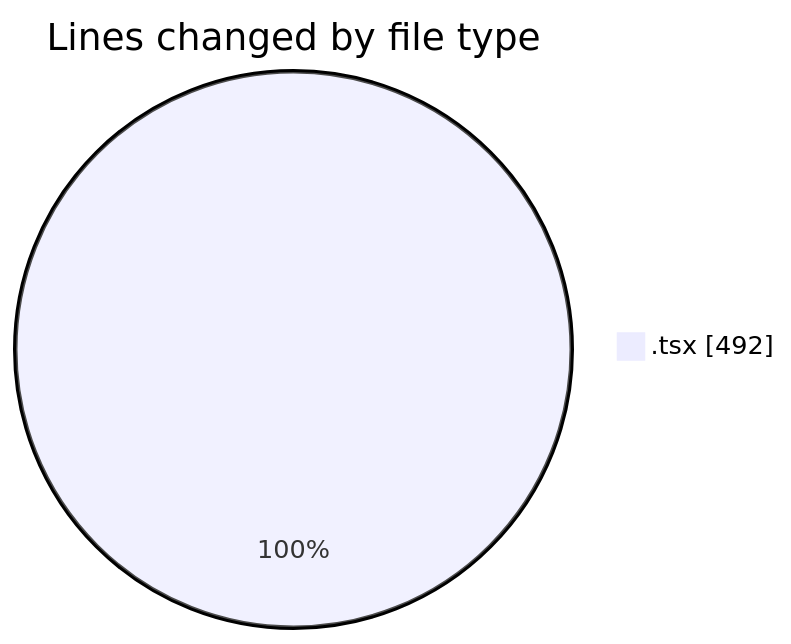
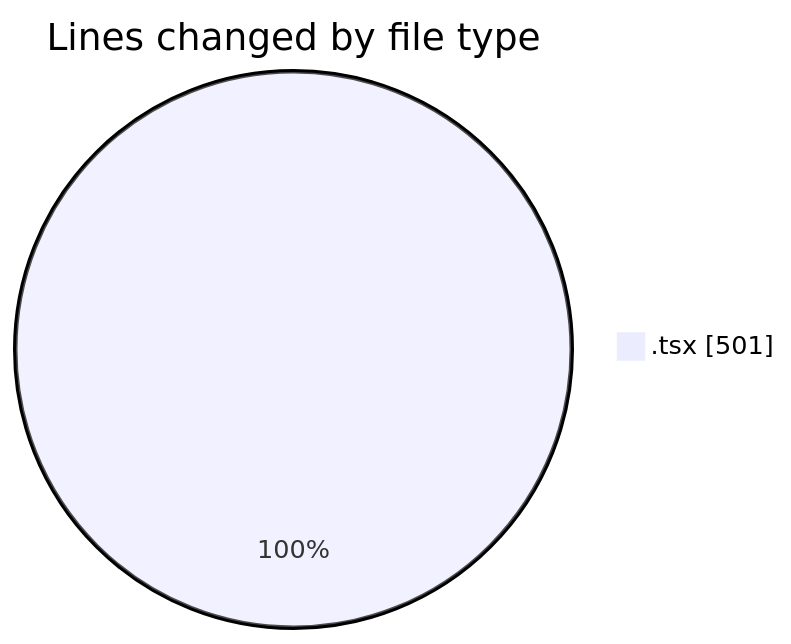
One commit to momahboobian/code-tracking changed the first of 2 diagrams in 2026-02-23/cda/README.md. Above: the diagram before and after it, drawn with Mermaid. The commit also changed other lines of this file and 1 other file, not shown here.

````diff
--- a/2026-02-23/cda/README.md
+++ b/2026-02-23/cda/README.md
@@ -20,5 +20,5 @@
 ```mermaid
 pie showData
 title Lines changed by file type
-".tsx" : 492
+".tsx" : 501
 ```
````
